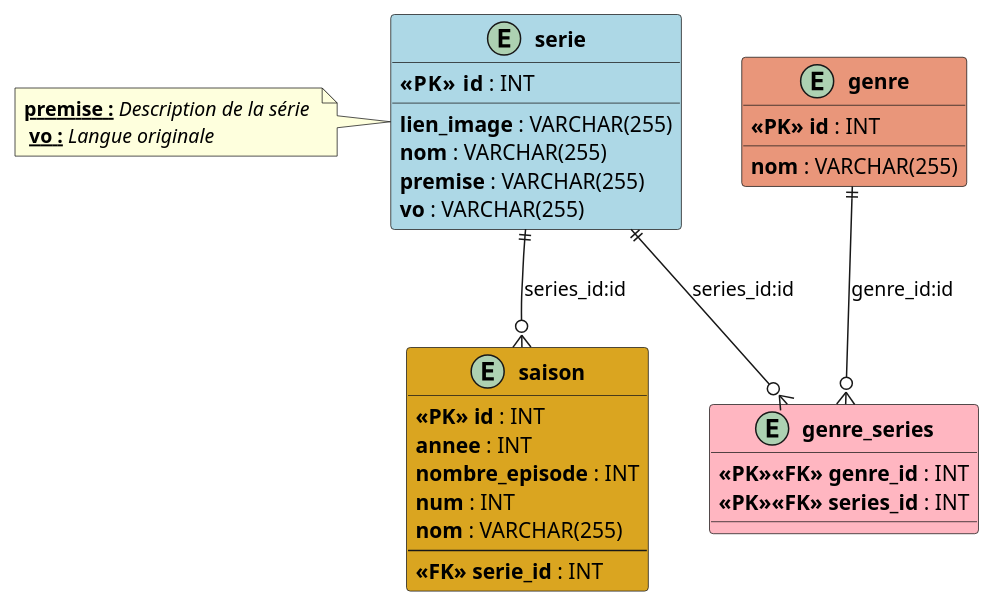
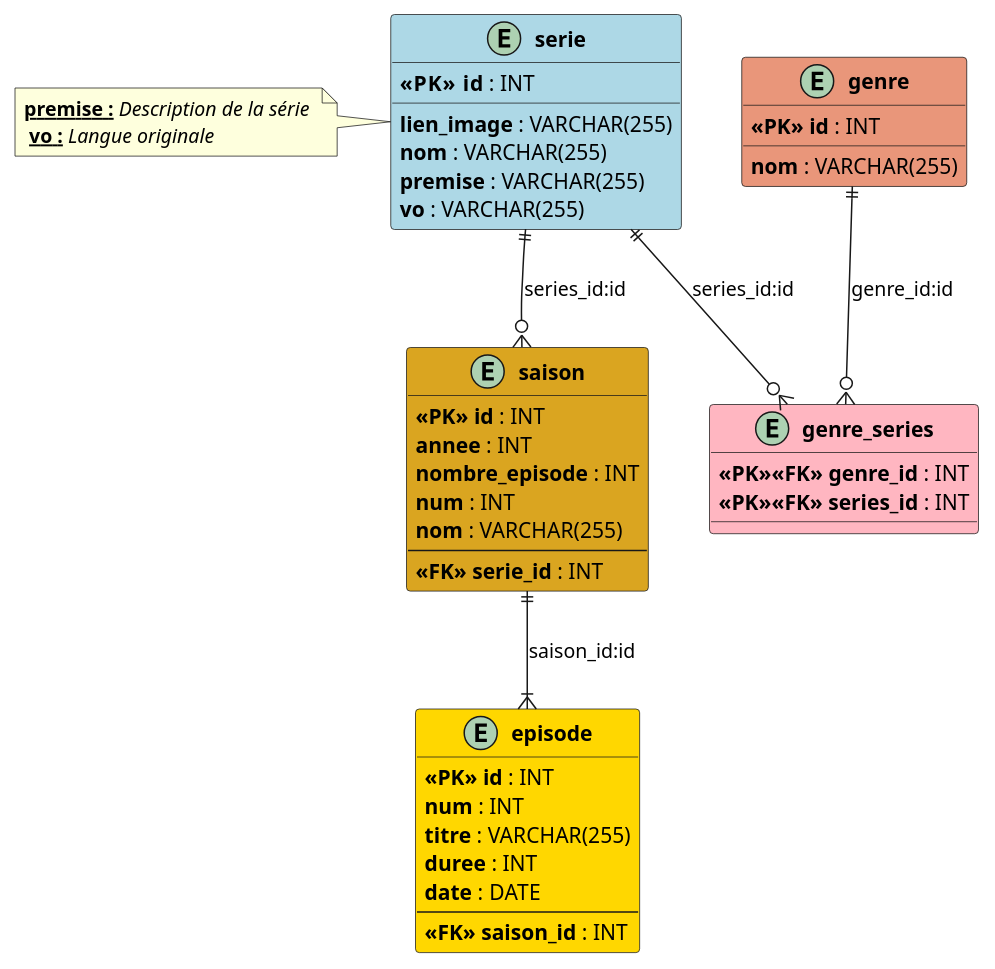
One commit to ljules/apiSerie-CORRECTION_24-25 changed the diagram in documentation/schema BD.puml. Above: the diagram before and after it, drawn with PlantUML. The commit also changed 9 other files, not shown here.

```diff
--- a/documentation/schema BD.puml
+++ b/documentation/schema BD.puml
@@ -1,44 +1,54 @@
 @startuml
 ' DEFINITION DES ENTITES :
 ' ------------------------
 entity "**serie**" as serie #lightblue {
     **<<PK>>  id** : INT
     **lien_image** : VARCHAR(255)
     **nom** : VARCHAR(255)
     **premise** : VARCHAR(255)
     **vo** : VARCHAR(255)
 }
 
 entity "**genre**" as genre #darksalmon {
     **<<PK>> id** : INT
     **nom** : VARCHAR(255)
 }
 
 entity "**genre_series**" as genre_series #lightpink  {
     **<<PK>><<FK>> genre_id** : INT
     **<<PK>><<FK>> series_id** : INT
 }
 
 entity "**saison**" as saison #goldenrod {
     **<<PK>> id** : INT
     **annee** : INT
     **nombre_episode** : INT
     **num** : INT
     **nom** : VARCHAR(255)
     --
     **<<FK>> serie_id** : INT
 }
 
+entity "**episode**" as episode #gold {
+    **<<PK>> id** : INT
+    **num** : INT
+    **titre** : VARCHAR(255)
+    **duree** : INT
+    **date** : DATE
+    --
+    **<<FK>> saison_id** : INT
+}
+
 
 ' DEFINITION DES RELATIONS :
 ' --------------------------
 serie ||--o{ saison : "series_id:id"
 serie ||--o{ genre_series : "series_id:id"
 genre ||--o{ genre_series : "genre_id:id"
-
+saison ||--|{ episode : "saison_id:id"
 
 ' COMMENTAIRES :
 ' --------------
 note left of serie : **__premise :__** //Description de la série// \n **__vo :__** //Langue originale//
 
 @enduml
```
